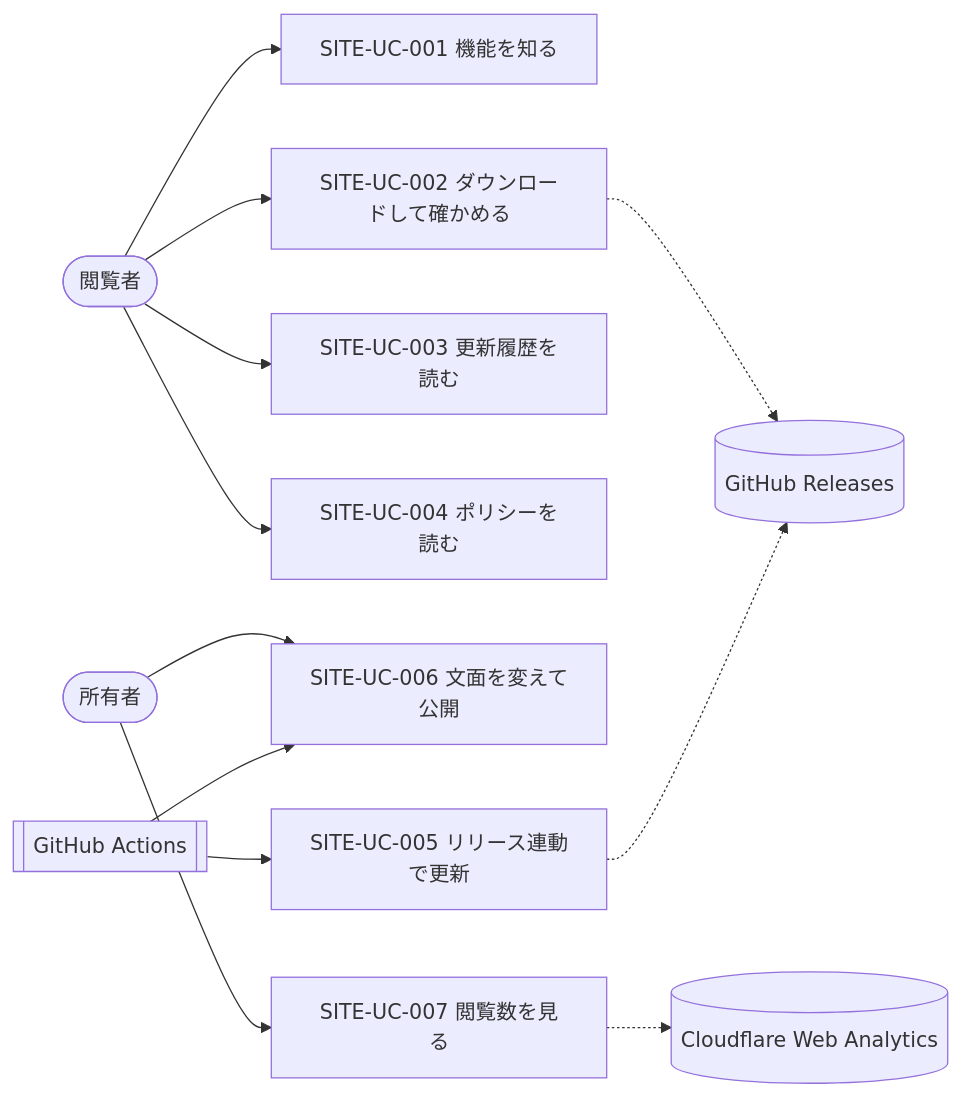
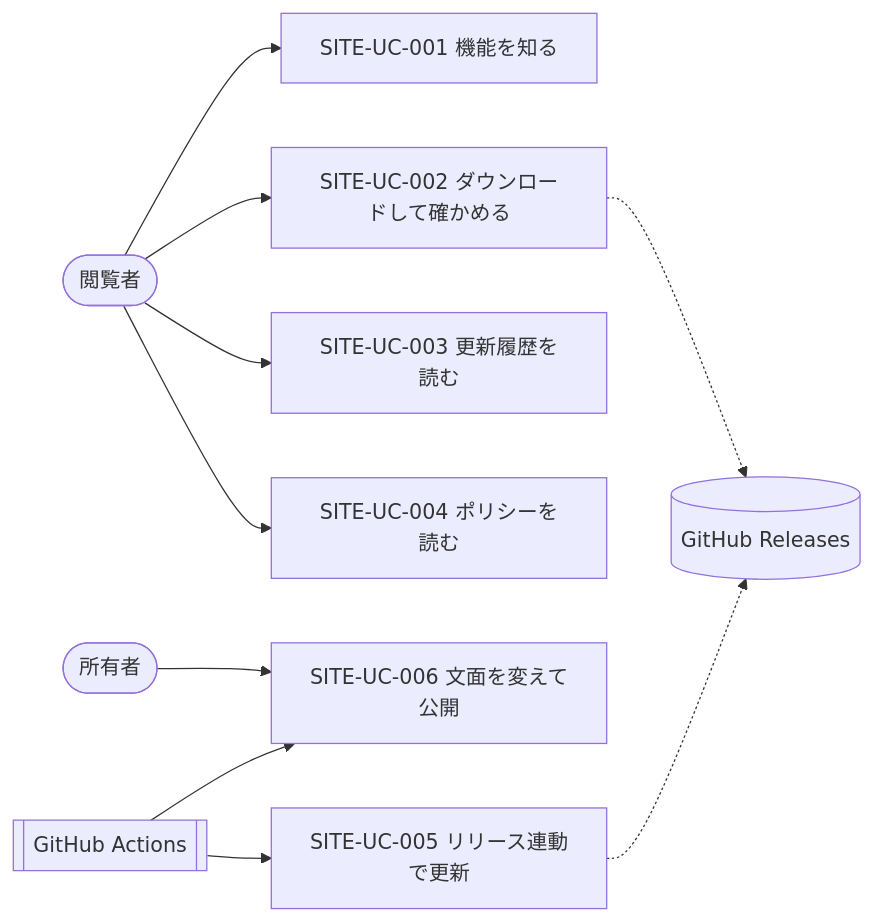
Before and after one commit to itiwoja/DC-Designer: the diagram in docs/design/03_use_cases.md, drawn with Mermaid. The commit also changed other lines of this file and 14 other files, not shown here.

````diff
--- a/docs/design/03_use_cases.md
+++ b/docs/design/03_use_cases.md
@@ -13,14 +13,12 @@
 ```mermaid
 flowchart LR
   V([閲覧者]) --> UC1[SITE-UC-001 機能を知る]
   V --> UC2[SITE-UC-002 ダウンロードして確かめる]
   V --> UC3[SITE-UC-003 更新履歴を読む]
   V --> UC4[SITE-UC-004 ポリシーを読む]
   O([所有者]) --> UC6[SITE-UC-006 文面を変えて公開]
-  O --> UC7[SITE-UC-007 閲覧数を見る]
   GA[[GitHub Actions]] --> UC5[SITE-UC-005 リリース連動で更新]
   GA --> UC6
   UC2 -.-> GR[(GitHub Releases)]
   UC5 -.-> GR
-  UC7 -.-> CF[(Cloudflare Web Analytics)]
 ```
````
